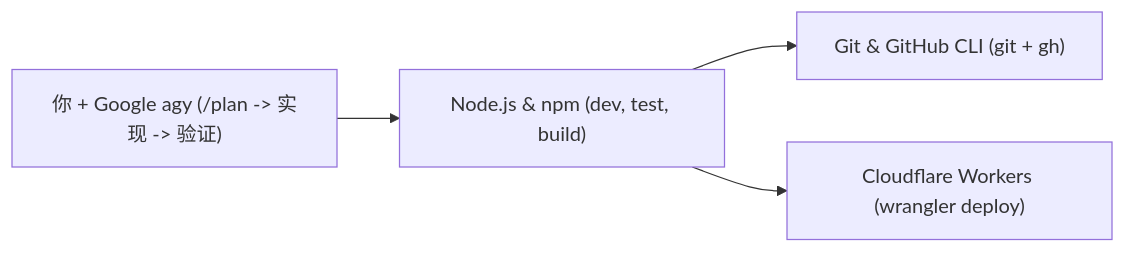
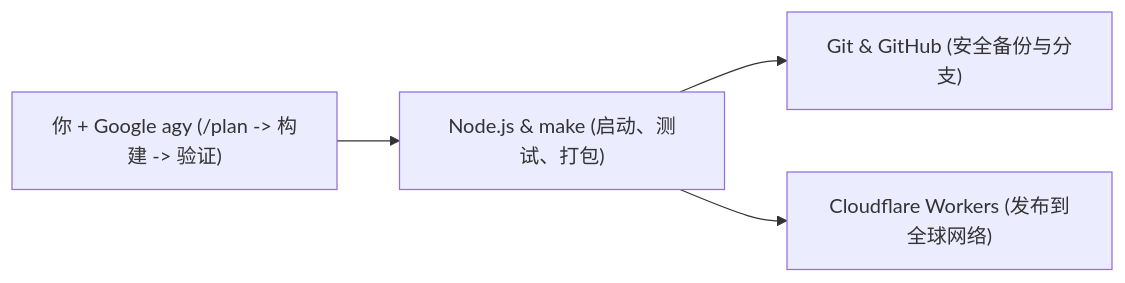
One commit to vuhung16au/gemini-games changed the diagram in courses/day-04-dev-tools-and-ai-agents/README.zh.md. Above: the diagram before and after it, drawn with Mermaid. The commit also changed other lines of this file and 30 other files, not shown here.

````diff
--- a/courses/day-04-dev-tools-and-ai-agents/README.zh.md
+++ b/courses/day-04-dev-tools-and-ai-agents/README.zh.md
@@ -12,6 +12,6 @@
 ```mermaid
 flowchart LR
-  Dev["你 + Google agy (/plan -> 实现 -> 验证)"] --> Local["Node.js & npm (dev, test, build)"]
-  Local --> Git["Git & GitHub CLI (git + gh)"]
-  Local --> CF["Cloudflare Workers (wrangler deploy)"]
+  Dev["你 + Google agy (/plan -> 构建 -> 验证)"] --> Local["Node.js & make (启动、测试、打包)"]
+  Local --> Git["Git & GitHub (安全备份与分支)"]
+  Local --> CF["Cloudflare Workers (发布到全球网络)"]
 ```
````
